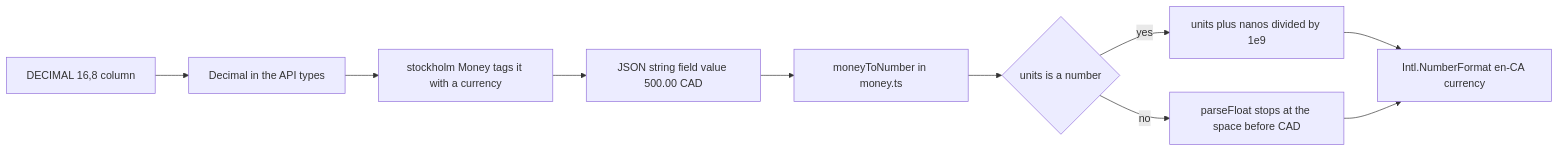
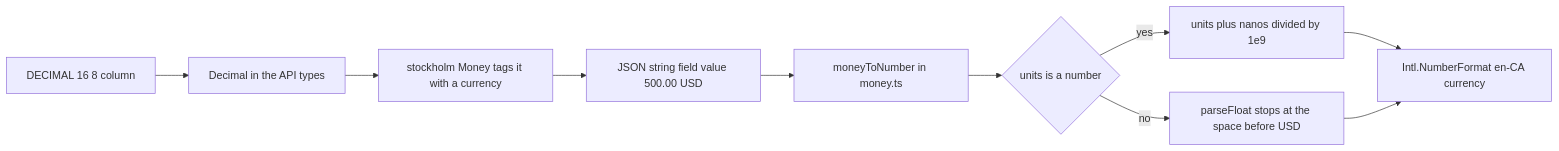
Before and after one commit to havekes/retail-portfolio: the first of 2 diagrams in openwiki/concepts/money-and-currency.md, drawn with Mermaid. The commit also changed other lines of this file and 57 other files, not shown here.

````diff
--- a/openwiki/concepts/money-and-currency.md
+++ b/openwiki/concepts/money-and-currency.md
@@ -147,12 +176,12 @@
 ```mermaid
 flowchart LR
-  col["DECIMAL 16,8 column"] --> dec["Decimal in the API types"]
+  col["DECIMAL 16 8 column"] --> dec["Decimal in the API types"]
   dec --> tag["stockholm Money tags it with a currency"]
-  tag --> wire["JSON string field value 500.00 CAD"]
+  tag --> wire["JSON string field value 500.00 USD"]
   wire --> parse["moneyToNumber in money.ts"]
   parse --> units{"units is a number"}
   units -- yes --> calc["units plus nanos divided by 1e9"]
-  units -- no --> pf["parseFloat stops at the space before CAD"]
+  units -- no --> pf["parseFloat stops at the space before USD"]
   calc --> fmt["Intl.NumberFormat en-CA currency"]
   pf --> fmt
 ```
````
